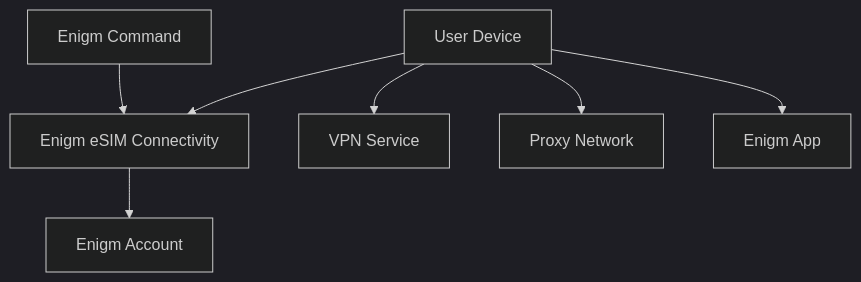
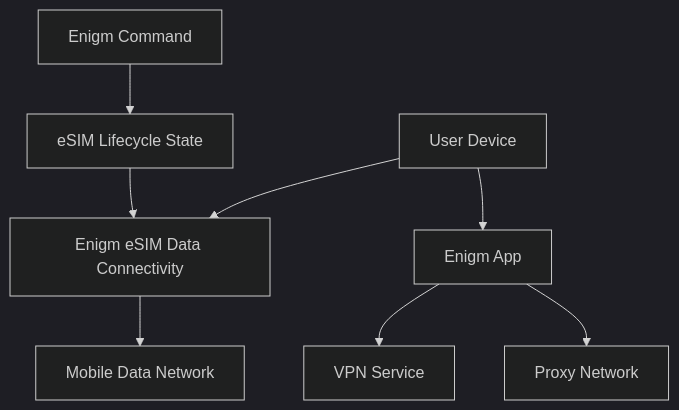
One commit to enigm-llc/docs changed the diagram in esim/overview.mdx. Above: the diagram before and after it, drawn with Mermaid (dark theme). The commit also changed other lines of this file and 22 other files, not shown here.

````diff
--- a/esim/overview.mdx
+++ b/esim/overview.mdx
@@ -22,17 +22,18 @@
 ```mermaid
 flowchart TD
   Command["Enigm Command"]
-  Account["Enigm Account"]
+  Lifecycle["eSIM Lifecycle State"]
   Device["User Device"]
-  ESIM["Enigm eSIM Connectivity"]
+  ESIM["Enigm eSIM Data Connectivity"]
+  Network["Mobile Data Network"]
   VPN["VPN Service"]
   Proxy["Proxy Network"]
   App["Enigm App"]
 
-  Command --> ESIM
-  ESIM --> Account
-  Device --> ESIM
-  Device --> VPN
-  Device --> Proxy
+  Command --> Lifecycle
+  Lifecycle --> ESIM
+  Device --> ESIM --> Network
   Device --> App
+  App --> VPN
+  App --> Proxy
 ```
````
